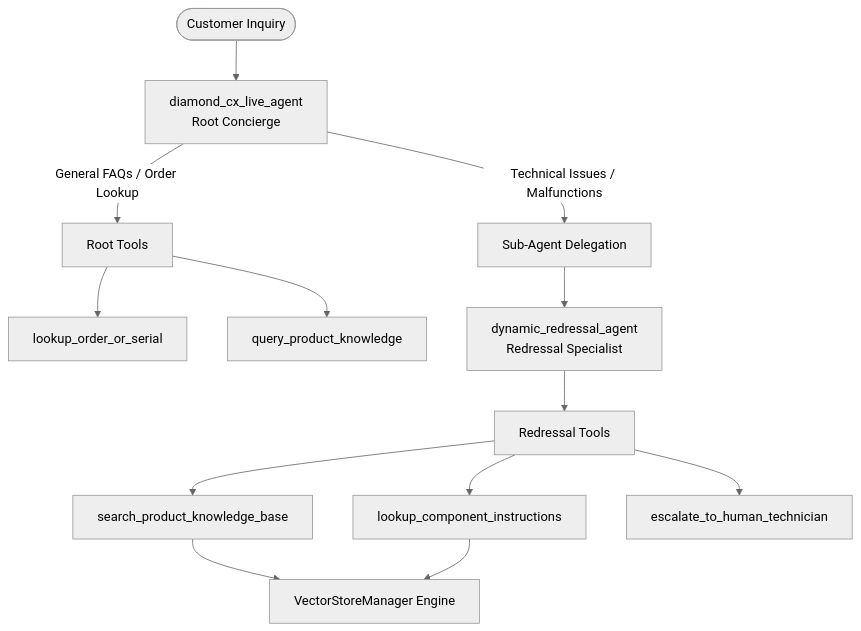
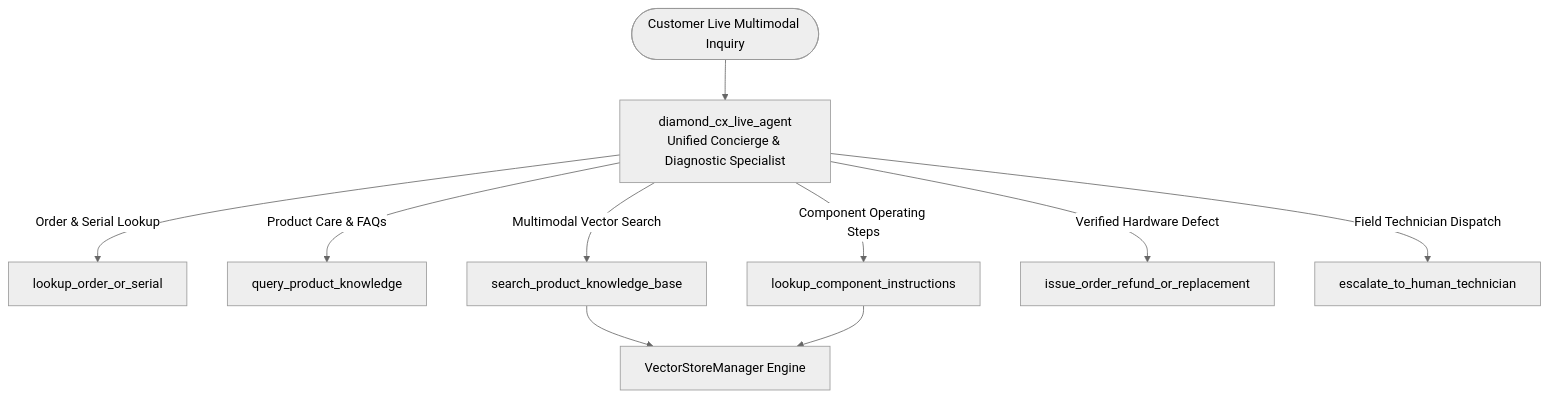
The third of 6 diagrams in PROJECT_FLOW.md (titanventura/diamond-cx), drawn with Mermaid (neutral theme) before and after one commit. The commit also changed other lines of this file and 3 other files, not shown here.

Commit message:
refactor(agent): unify into root agent with observant verification-first protocol

````diff
--- a/PROJECT_FLOW.md
+++ b/PROJECT_FLOW.md
@@ -280,18 +277,13 @@
 ```mermaid
 flowchart TD
-    Customer([Customer Inquiry]) --> Root[diamond_cx_live_agent\nRoot Concierge]
+    Customer([Customer Live Multimodal Inquiry]) --> Root[diamond_cx_live_agent\nUnified Concierge & Diagnostic Specialist]
     
-    Root -->|General FAQs / Order Lookup| ToolsRoot[Root Tools]
-    ToolsRoot --> T1[lookup_order_or_serial]
-    ToolsRoot --> T2[query_product_knowledge]
-    
-    Root -->|Technical Issues / Malfunctions| Delegate[Sub-Agent Delegation]
-    Delegate --> Redressal[dynamic_redressal_agent\nRedressal Specialist]
-    
-    Redressal --> ToolsRedressal[Redressal Tools]
-    ToolsRedressal --> T3[search_product_knowledge_base]
-    ToolsRedressal --> T4[lookup_component_instructions]
-    ToolsRedressal --> T5[escalate_to_human_technician]
+    Root -->|Order & Serial Lookup| T1[lookup_order_or_serial]
+    Root -->|Product Care & FAQs| T2[query_product_knowledge]
+    Root -->|Multimodal Vector Search| T3[search_product_knowledge_base]
+    Root -->|Component Operating Steps| T4[lookup_component_instructions]
+    Root -->|Verified Hardware Defect| T5[issue_order_refund_or_replacement]
+    Root -->|Field Technician Dispatch| T6[escalate_to_human_technician]
     
     T3 & T4 --> VectorSearch[VectorStoreManager Engine]
 ```
````
